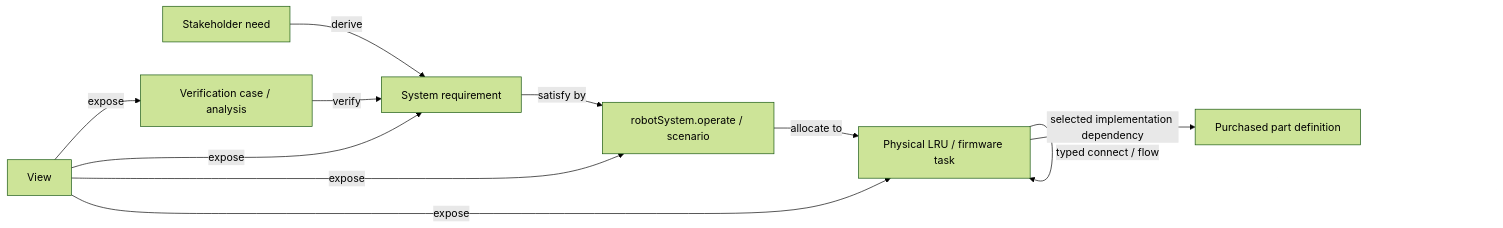
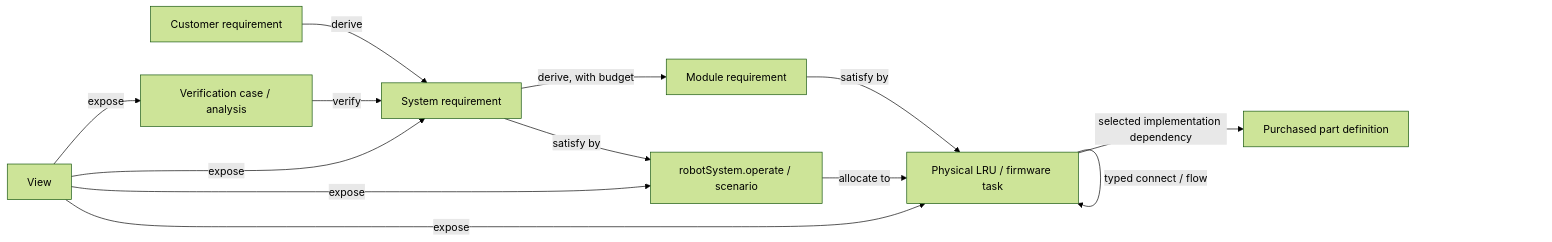
The diagram in docs/MODEL_GUIDE.md (elan8/sysml-robot-vacuum-cleaner), drawn with Mermaid (forest theme) before and after one commit. The commit also changed other lines of this file and 29 other files, not shown here.

````diff
--- a/docs/MODEL_GUIDE.md
+++ b/docs/MODEL_GUIDE.md
@@ -34,13 +38,15 @@
 ```mermaid
 flowchart LR
-  N["Stakeholder need"] -->|derive| R["System requirement"]
+  N["Customer requirement"] -->|derive| R["System requirement"]
+  R -->|derive, with budget| M["Module requirement"]
+  M -->|satisfy by| P
   R -->|satisfy by| B["robotSystem.operate / scenario"]
   B -->|allocate to| P["Physical LRU / firmware task"]
   P -->|selected implementation dependency| T["Purchased part definition"]
   P -->|typed connect / flow| P
   V["Verification case / analysis"] -->|verify| R
   W["View"] -->|expose| R
   W -->|expose| B
   W -->|expose| P
   W -->|expose| V
 ```
````
